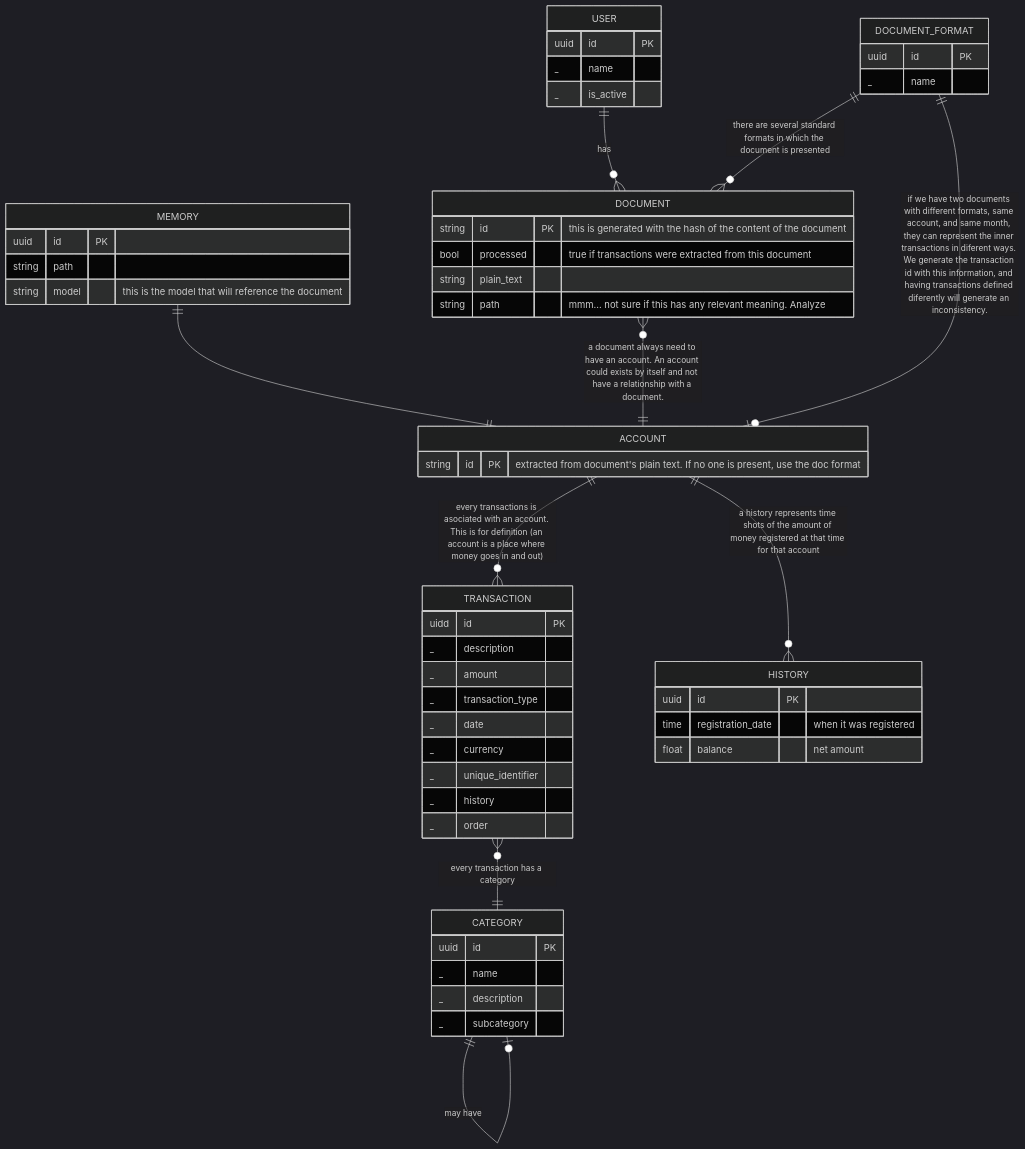
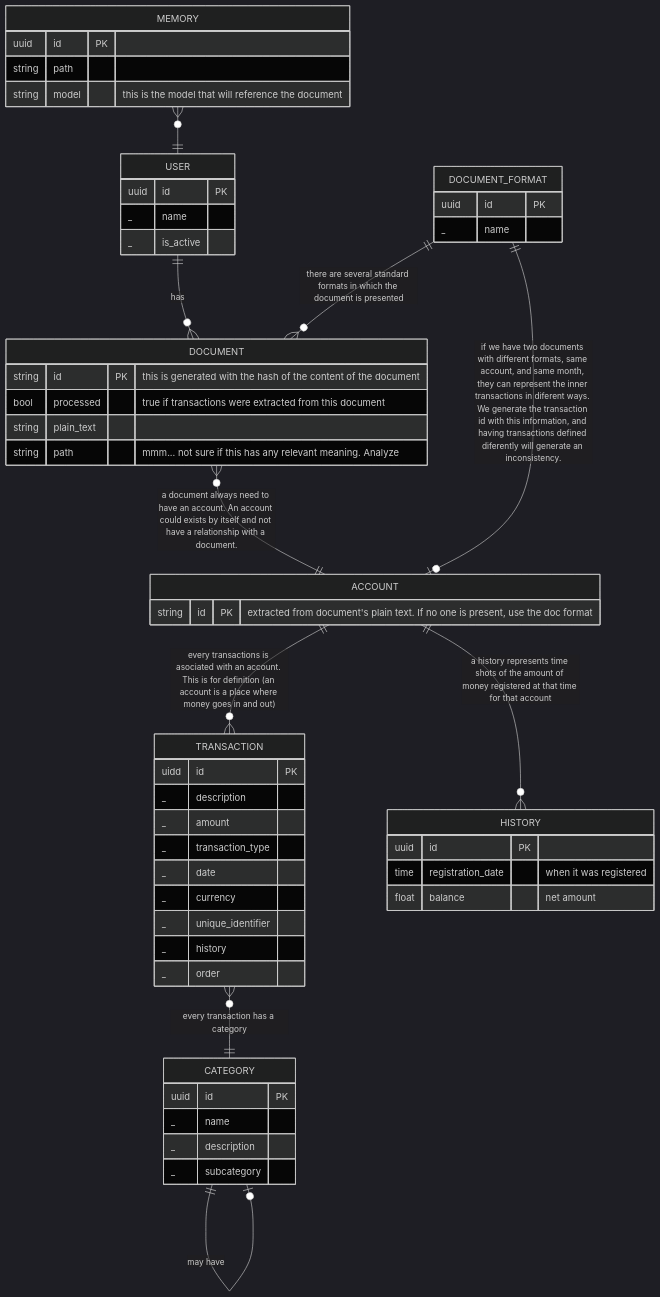
One commit to josueelias9/improving-BCP-organizate changed the diagram in new-service/app/README.md. Above: the diagram before and after it, drawn with Mermaid (dark theme). The commit also changed 6 other files, not shown here.

````diff
--- a/new-service/app/README.md
+++ b/new-service/app/README.md
@@ -10,69 +10,69 @@
 ```mermaid
 erDiagram
 
     MEMORY {
         uuid id PK
         string path
         string model "this is the model that will reference the document"
     }
 
     USER {
         uuid id PK
         _ name
         _ is_active
     }
 
     TRANSACTION {
         uidd id PK
         _ description
         _ amount
         _ transaction_type
         _ date
         _ currency
         _ unique_identifier 
         _ history
         _ order
     }
 
     HISTORY {
         uuid id PK
         time registration_date "when it was registered"
         float balance "net amount"
     }
 
     CATEGORY {
         uuid id PK
         _ name
         _ description
         _ subcategory
     }
 
     DOCUMENT_FORMAT {
         uuid id PK
         _ name
     }
 
     ACCOUNT {        
         string id PK "extracted from document's plain text. If no one is present, use the doc format"
     }
 
     DOCUMENT {
         string id PK "this is generated with the hash of the content of the document"
         bool processed "true if transactions were extracted from this document"
         string plain_text
         string path "mmm... not sure if this has any relevant meaning. Analyze"
     }
 
     %% Relaciones
     USER ||--o{ DOCUMENT : "has"
     ACCOUNT ||--o{ TRANSACTION : "every transactions is asociated with an account. This is for definition (an account is a place where money goes in and out)"
     TRANSACTION }o--|| CATEGORY : "every transaction has a category"
     CATEGORY ||--o| CATEGORY : "may have"
     DOCUMENT_FORMAT ||--o{ DOCUMENT : "there are several standard formats in which the document is presented"
     DOCUMENT_FORMAT ||--o| ACCOUNT : "if we have two documents with different formats, same account, and same month, they can represent the inner transactions in diferent ways. We generate the transaction id with this information, and having transactions defined diferently will generate an inconsistency."
     DOCUMENT }o--|| ACCOUNT : "a document always need to have an account. An account could exists by itself and not have a relationship with a document."
     ACCOUNT ||--o{ HISTORY : "a history represents time shots of the amount of money registered at that time for that account"
-    MEMORY ||--|| ACCOUNT : ""
+    MEMORY }o--|| USER : ""
 
     
 ```
````
